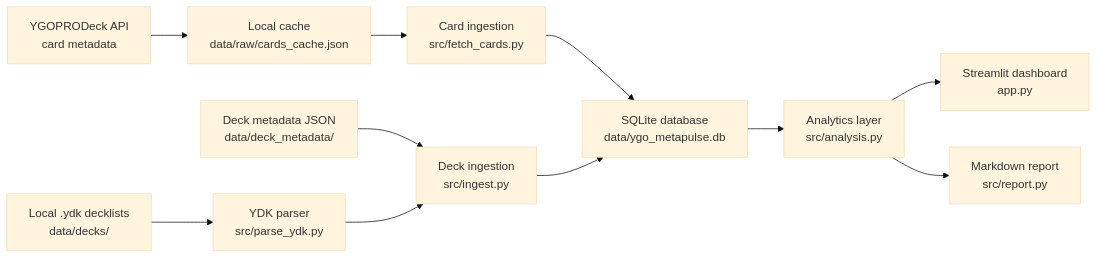
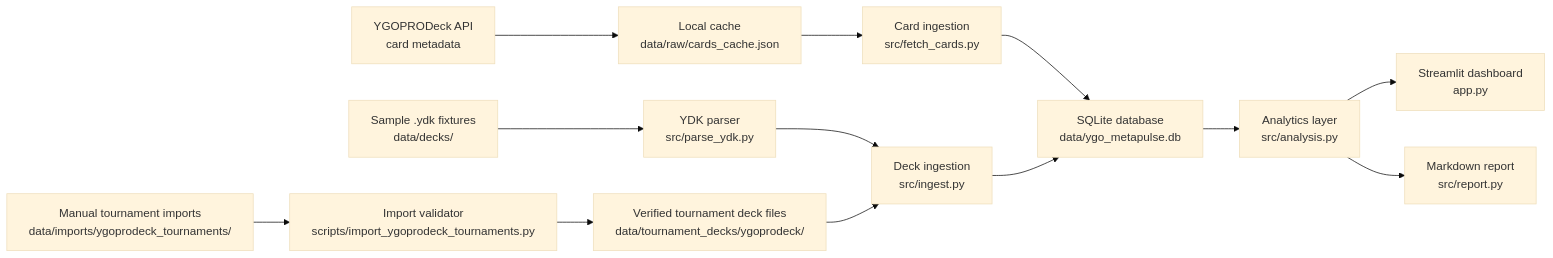
Before and after one commit to GerardLab77/ygo-metapulse: the diagram in README.md, drawn with Mermaid (base theme). The commit also changed other lines of this file and 36 other files, not shown here.

Commit message:
Add YGOPRODeck tournament import workflow

````diff
--- a/README.md
+++ b/README.md
@@ -64,13 +55,15 @@
 ```mermaid
 flowchart LR
     A["YGOPRODeck API<br/>card metadata"] --> B["Local cache<br/>data/raw/cards_cache.json"]
     B --> C["Card ingestion<br/>src/fetch_cards.py"]
-    D["Local .ydk decklists<br/>data/decks/"] --> E["YDK parser<br/>src/parse_ydk.py"]
-    F["Deck metadata JSON<br/>data/deck_metadata/"] --> G["Deck ingestion<br/>src/ingest.py"]
-    E --> G
-    C --> H["SQLite database<br/>data/ygo_metapulse.db"]
-    G --> H
-    H --> I["Analytics layer<br/>src/analysis.py"]
-    I --> J["Streamlit dashboard<br/>app.py"]
-    I --> K["Markdown report<br/>src/report.py"]
+    D["Sample .ydk fixtures<br/>data/decks/"] --> E["YDK parser<br/>src/parse_ydk.py"]
+    F["Manual tournament imports<br/>data/imports/ygoprodeck_tournaments/"] --> G["Import validator<br/>scripts/import_ygoprodeck_tournaments.py"]
+    G --> H["Verified tournament deck files<br/>data/tournament_decks/ygoprodeck/"]
+    E --> I["Deck ingestion<br/>src/ingest.py"]
+    H --> I
+    C --> J["SQLite database<br/>data/ygo_metapulse.db"]
+    I --> J
+    J --> K["Analytics layer<br/>src/analysis.py"]
+    K --> L["Streamlit dashboard<br/>app.py"]
+    K --> M["Markdown report<br/>src/report.py"]
 ```
````
